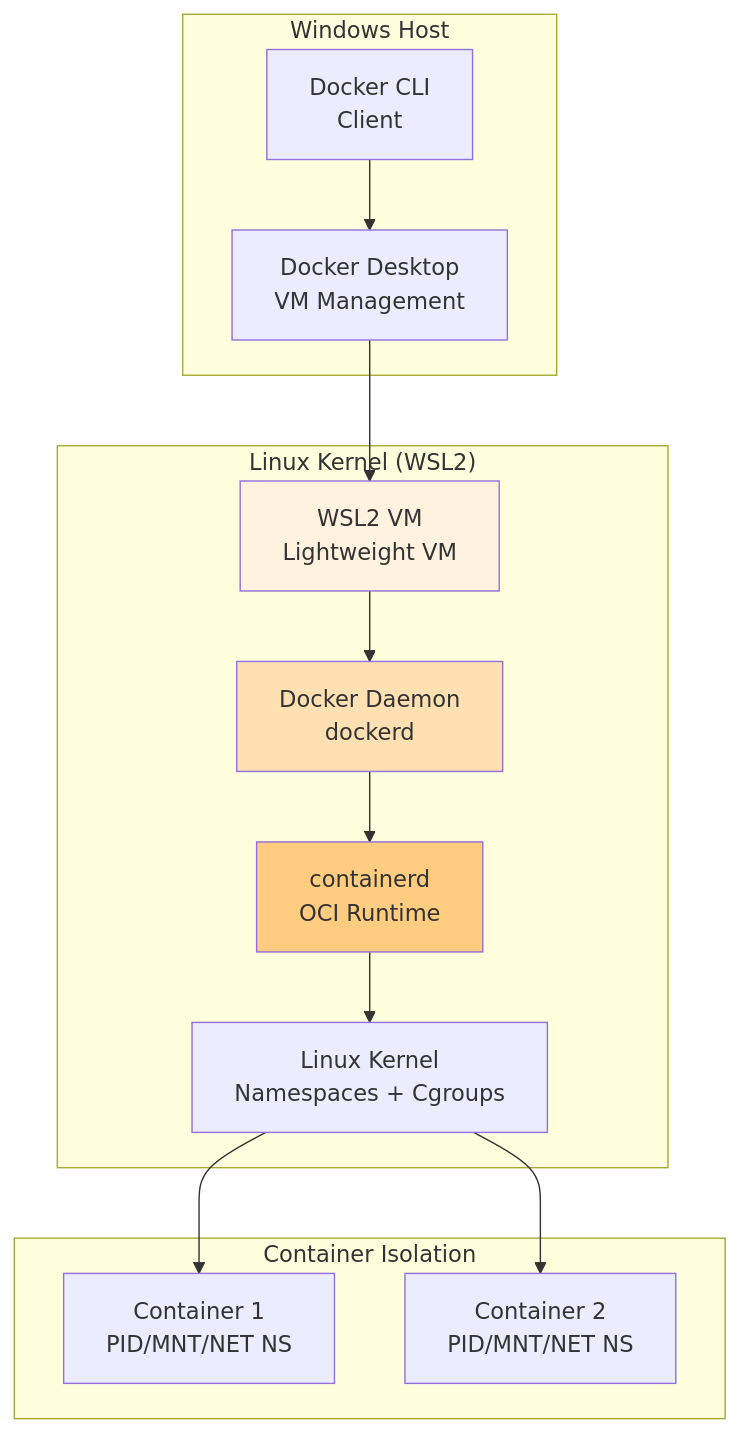
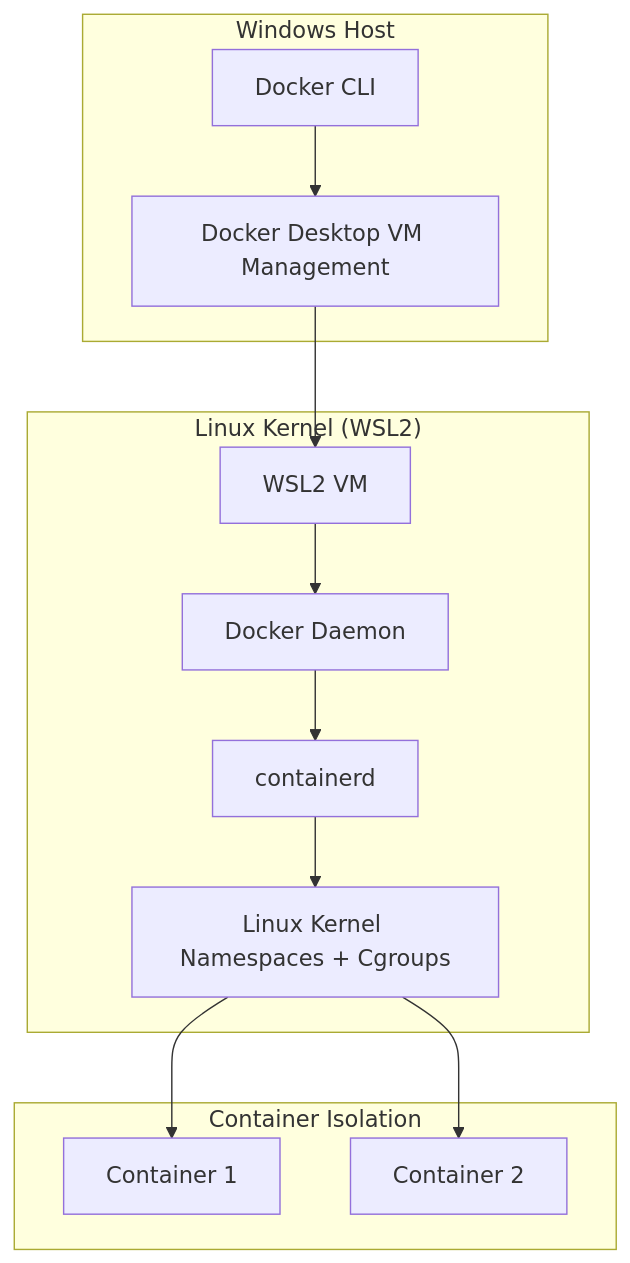
The diagram in DevOps/Docker K8s/Section 01 Getting Started/004. Docker Environment Setup on Mac Windows Linux.md (rgb-vgx/Open-Knowledge), drawn with Mermaid before and after one commit. The commit also changed other lines of this file and 7 other files, not shown here.

````diff
--- a/DevOps/Docker K8s/Section 01 Getting Started/004. Docker Environment Setup on Mac Windows Linux.md
+++ b/DevOps/Docker K8s/Section 01 Getting Started/004. Docker Environment Setup on Mac Windows Linux.md
@@ -21,22 +16,16 @@
 ```mermaid
 graph TB
     subgraph "Windows Host"
-        A[Docker CLI<br/>Client] --> B[Docker Desktop<br/>VM Management]
+        A[Docker CLI] --> B[Docker Desktop VM Management]
     end
-    
     subgraph "Linux Kernel (WSL2)"
-        B --> C[WSL2 VM<br/>Lightweight VM]
-        C --> D[Docker Daemon<br/>dockerd]
-        D --> E[containerd<br/>OCI Runtime]
-        E --> F[Linux Kernel<br/>Namespaces + Cgroups]
+        B --> C[WSL2 VM]
+        C --> D[Docker Daemon]
+        D --> E[containerd]
+        E --> F[Linux Kernel Namespaces + Cgroups]
     end
-    
     subgraph "Container Isolation"
-        F --> G[Container 1<br/>PID/MNT/NET NS]
-        F --> H[Container 2<br/>PID/MNT/NET NS]
+        F --> G[Container 1]
+        F --> H[Container 2]
     end
-    
-    style C fill:#fff3e0
-    style D fill:#ffe0b2
-    style E fill:#ffcc80
 ```
````
